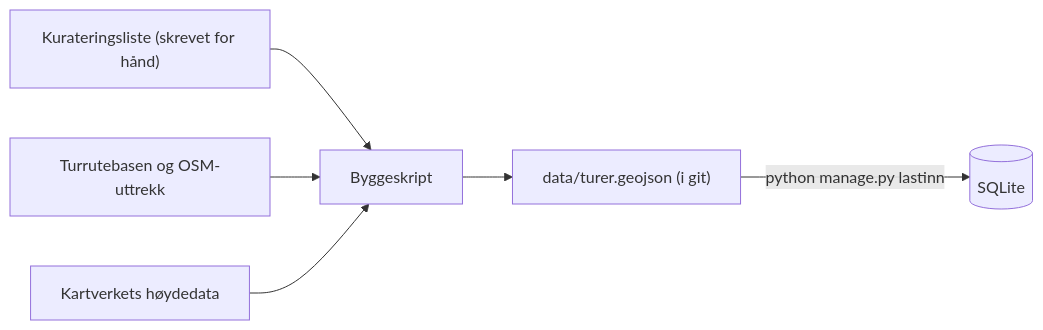
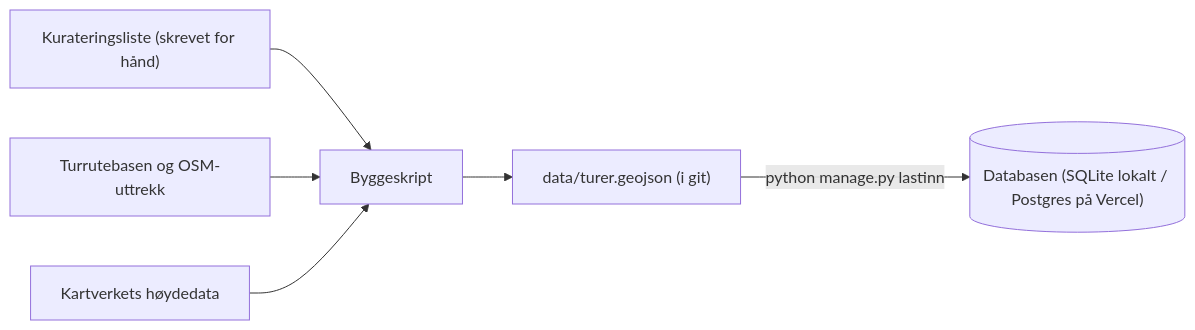
Before and after one commit to IBE160-2026/G81-eriksen: the third of 4 diagrams in docs/arkitektur.md, drawn with Mermaid. The commit also changed other lines of this file and 8 other files, not shown here.

````diff
--- a/docs/arkitektur.md
+++ b/docs/arkitektur.md
@@ -58,8 +58,8 @@
 ```mermaid
 flowchart LR
     liste["Kurateringsliste (skrevet for hånd)"] --> skript["Byggeskript"]
     trb["Turrutebasen og OSM-uttrekk"] --> skript
     hoyde["Kartverkets høydedata"] --> skript
     skript --> fil["data/turer.geojson (i git)"]
-    fil -->|"python manage.py lastinn"| db[("SQLite")]
+    fil -->|"python manage.py lastinn"| db[("Databasen (SQLite lokalt / Postgres på Vercel)")]
 ```
````
